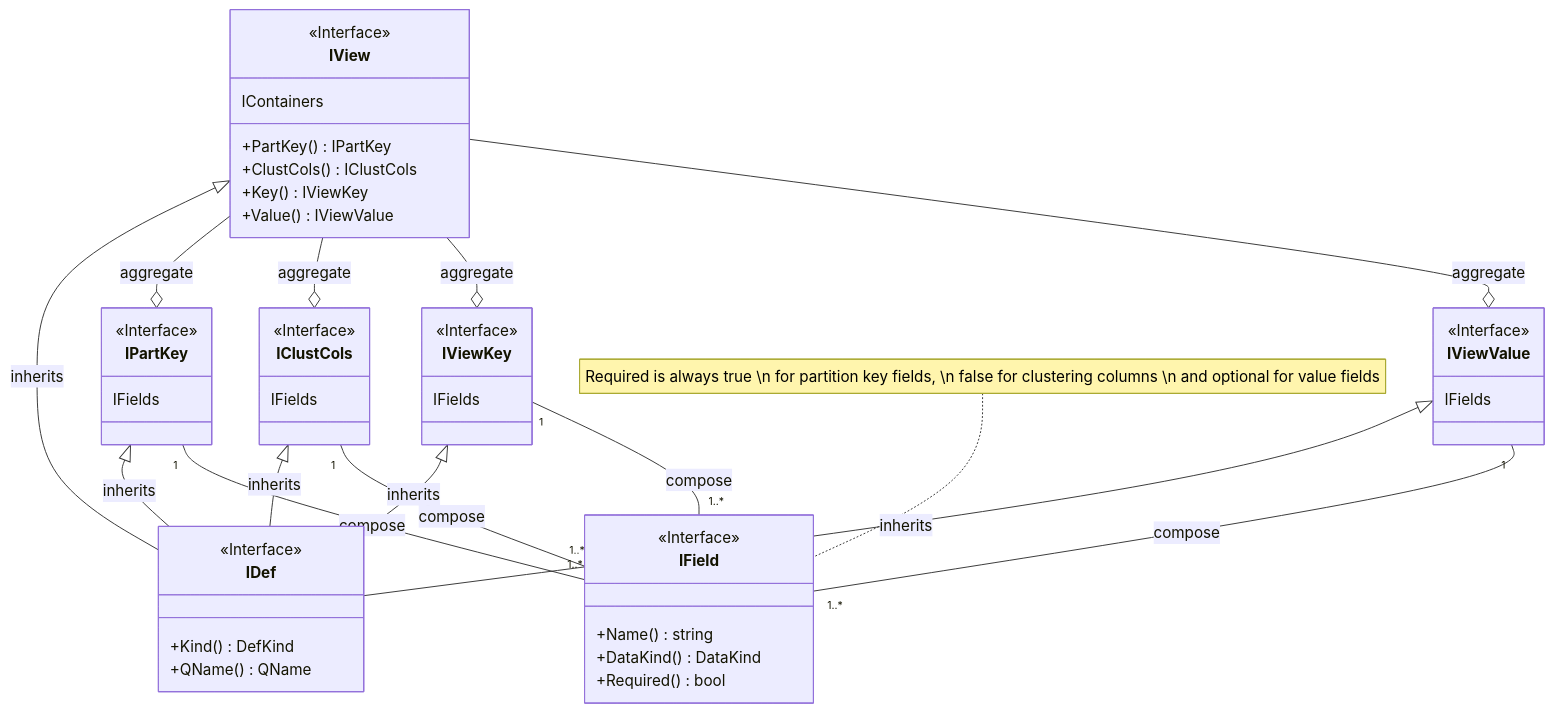
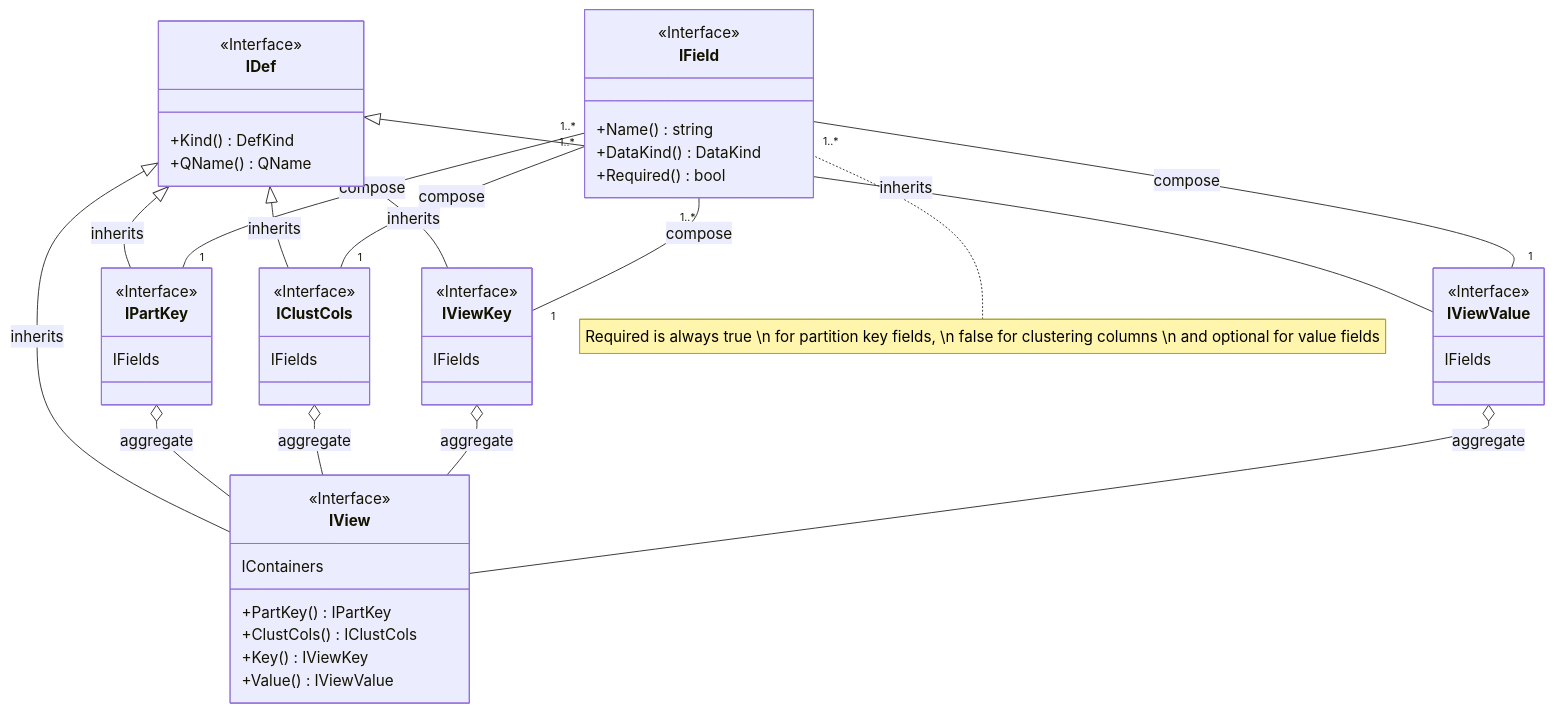
Before and after one commit to voedger/voedger: the fourth of 4 diagrams in pkg/appdef/README.md, drawn with Mermaid. The commit also changed other lines of this file, not shown here.

````diff
--- a/pkg/appdef/README.md
+++ b/pkg/appdef/README.md
@@ -290,59 +288,60 @@
 ```mermaid
 classDiagram
-direction TB
+  direction BT
+
   class IDef{
     <<Interface>>
     +Kind() DefKind
     +QName() QName
   }
 
   class IField {
     <<Interface>>
     +Name() string
     +DataKind() DataKind
     +Required() bool
   }
   note for IField "Required is always true \n for partition key fields, \n false for clustering columns \n and optional for value fields"
 
-  IView <|-- IDef : inherits
+  IView --|> IDef : inherits
   class IView {
     <<Interface>>
     IContainers
     +PartKey() IPartKey
     +ClustCols() IClustCols
     +Key() IViewKey
     +Value() IViewValue
   }
   IView --o IPartKey : aggregate
   IView --o IClustCols : aggregate
   IView --o IViewKey : aggregate
   IView --o IViewValue : aggregate
 
-  IPartKey <|-- IDef : inherits
+  IPartKey --|> IDef : inherits
   class IPartKey {
     <<Interface>>
     IFields
   }
   IPartKey "1" -- "1..*" IField : compose
 
-  IClustCols <|-- IDef : inherits
+  IClustCols --|> IDef : inherits
   class IClustCols {
     <<Interface>>
     IFields
   }
   IClustCols "1" -- "1..*" IField : compose
 
-  IViewKey <|-- IDef : inherits
+  IViewKey --|> IDef : inherits
   class IViewKey {
     <<Interface>>
     IFields
   }
   IViewKey "1" -- "1..*" IField : compose
 
-  IViewValue <|-- IDef : inherits
+  IViewValue --|> IDef : inherits
   class IViewValue {
     <<Interface>>
     IFields
   }
   IViewValue "1" -- "1..*" IField : compose
 ```
````
